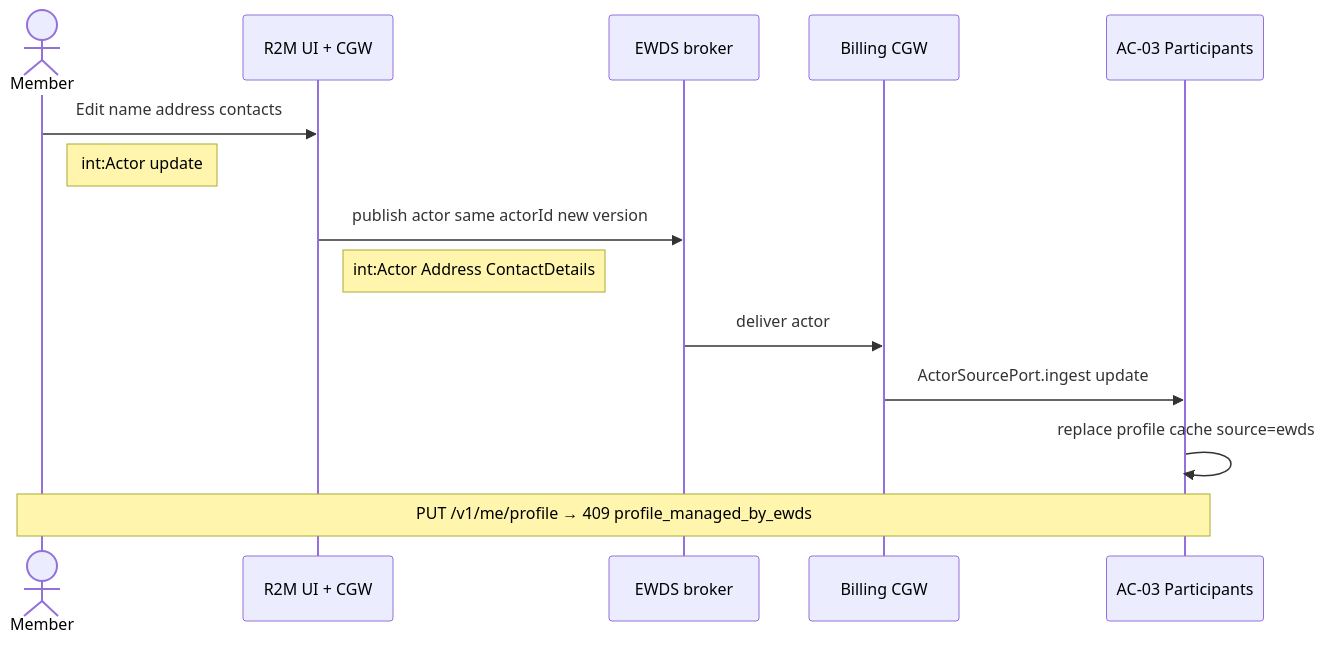
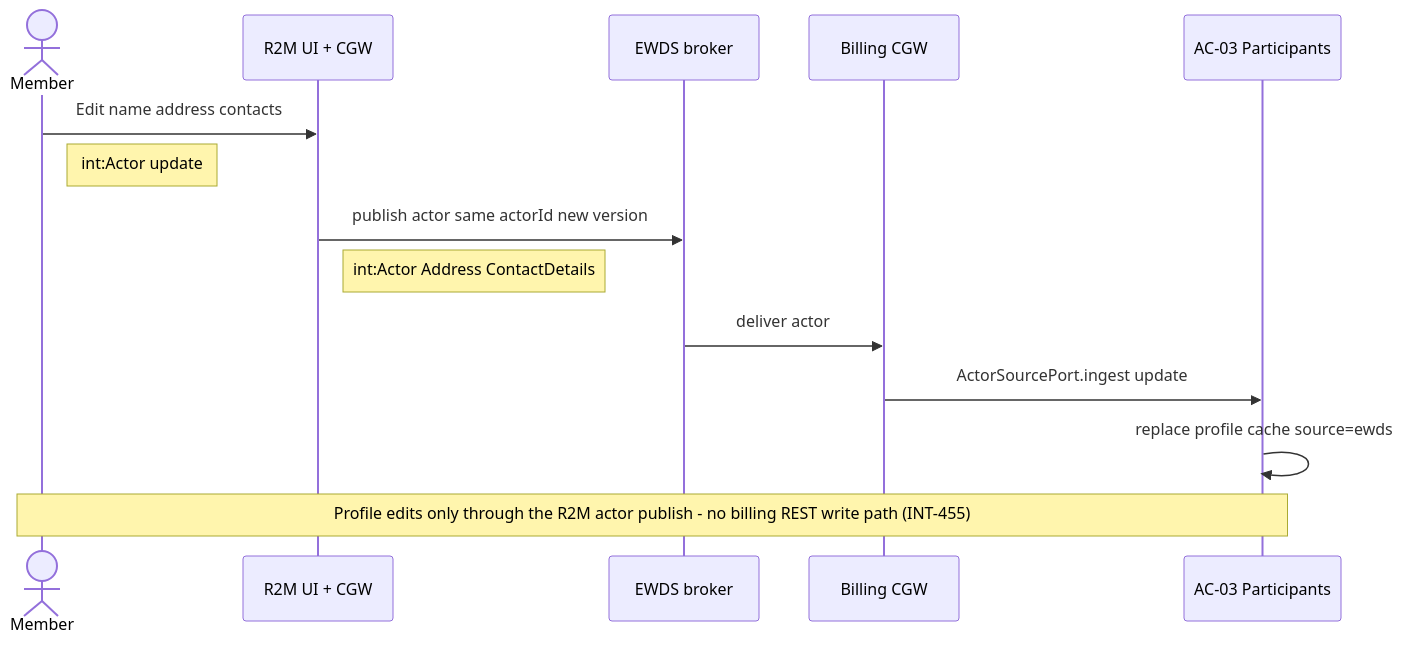
The second of 14 diagrams in docs/architecture/07-scenario-flows.md (blooo-io/intelligent-eu-bps-source), drawn with Mermaid before and after one commit. The commit also changed 61 other files, not shown here.

First line of the commit message:
docs(INT-470): align D5.5 docs with INT-455/463 EWDS-only path (#248)

````diff
--- a/docs/architecture/07-scenario-flows.md
+++ b/docs/architecture/07-scenario-flows.md
@@ -83,16 +83,16 @@
 ```mermaid
 sequenceDiagram
   actor Member as Member
   participant R2M as R2M UI + CGW
   participant EWDS as EWDS broker
   participant CGW as Billing CGW
   participant AC03 as AC-03 Participants
   Member->>R2M: Edit name address contacts
   Note right of Member: int:Actor update
   R2M->>EWDS: publish actor same actorId new version
   Note right of R2M: int:Actor Address ContactDetails
   EWDS->>CGW: deliver actor
   CGW->>AC03: ActorSourcePort.ingest update
   AC03->>AC03: replace profile cache source=ewds
-  Note over Member,AC03: PUT /v1/me/profile → 409 profile_managed_by_ewds
+  Note over Member,AC03: Profile edits only through the R2M actor publish - no billing REST write path (INT-455)
 ```
````
